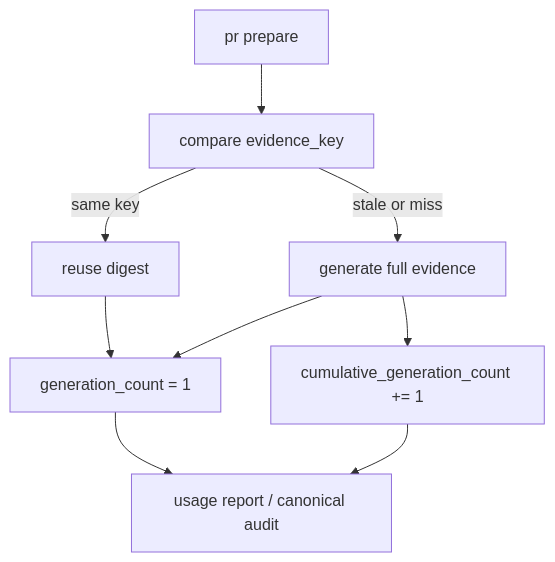
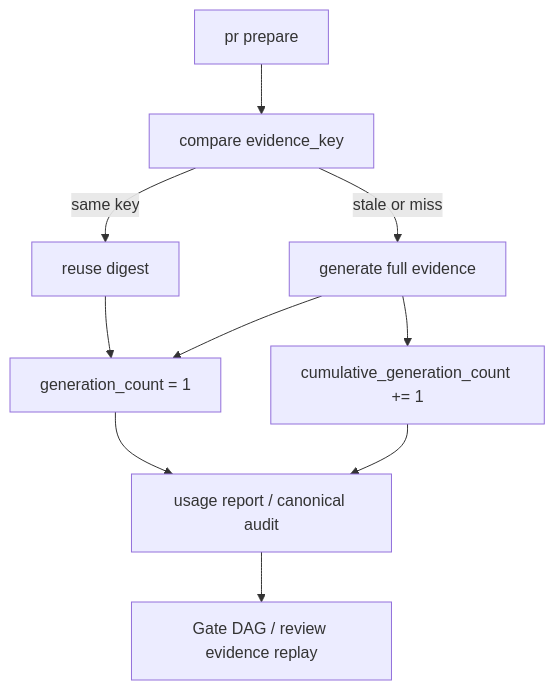
One commit to Unson-LLC/vibepro changed the diagram in docs/architecture/vibepro-evidence-reuse-metric-semantics.md. Above: the diagram before and after it, drawn with Mermaid. The commit also changed other lines of this file and 2 other files, not shown here.

Commit message:
docs: bind reuse metrics to gate evidence flow

````diff
--- a/docs/architecture/vibepro-evidence-reuse-metric-semantics.md
+++ b/docs/architecture/vibepro-evidence-reuse-metric-semantics.md
@@ -23,11 +24,12 @@
 ```mermaid
 flowchart TD
   Prepare["pr prepare"] --> Key["compare evidence_key"]
   Key -->|same key| Reuse["reuse digest"]
   Key -->|stale or miss| Generate["generate full evidence"]
   Reuse --> SameKey["generation_count = 1"]
   Generate --> SameKey
   Generate --> Cumulative["cumulative_generation_count += 1"]
   SameKey --> Report["usage report / canonical audit"]
   Cumulative --> Report
+  Report --> Gate["Gate DAG / review evidence replay"]
 ```
````
